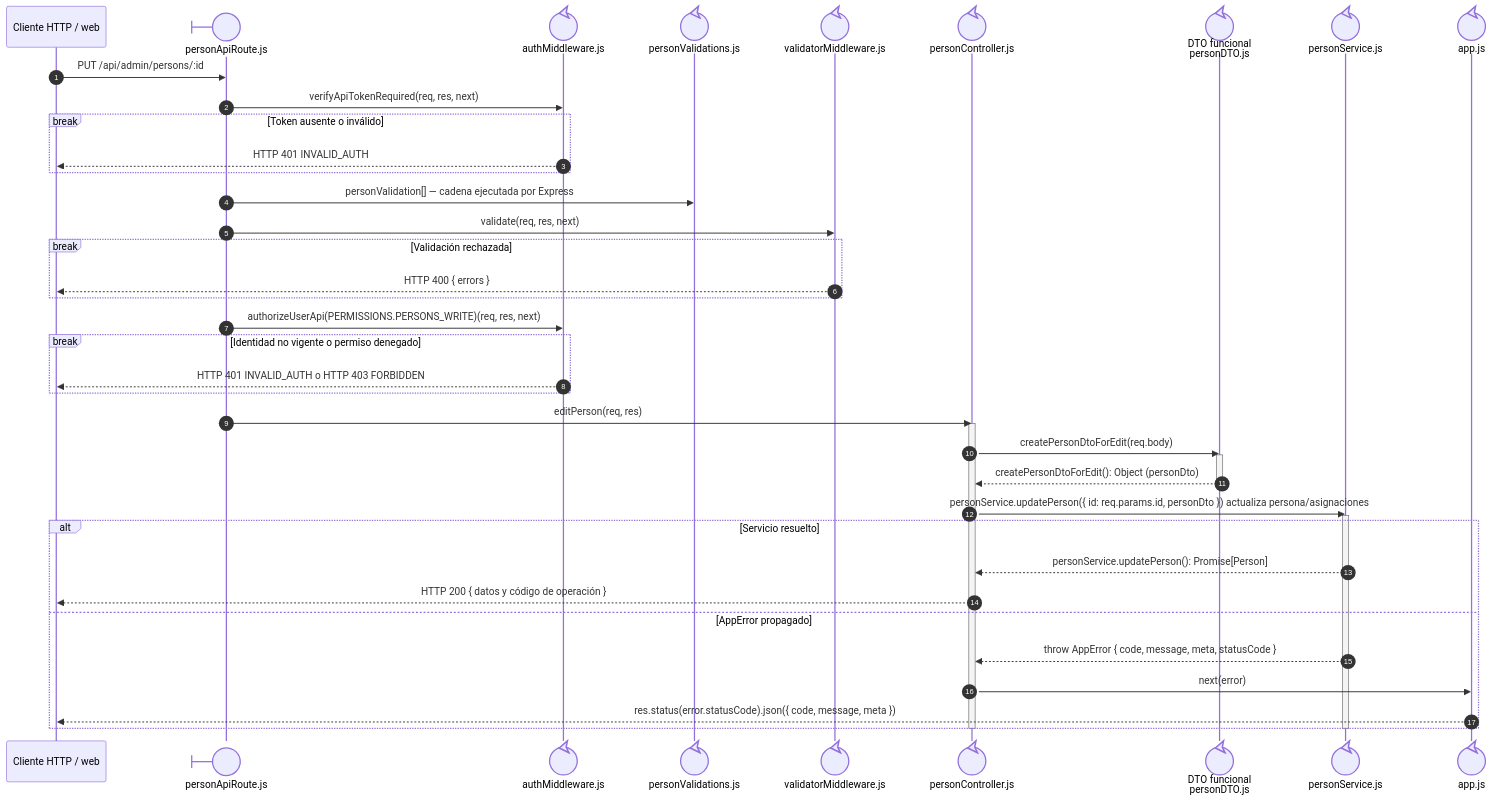
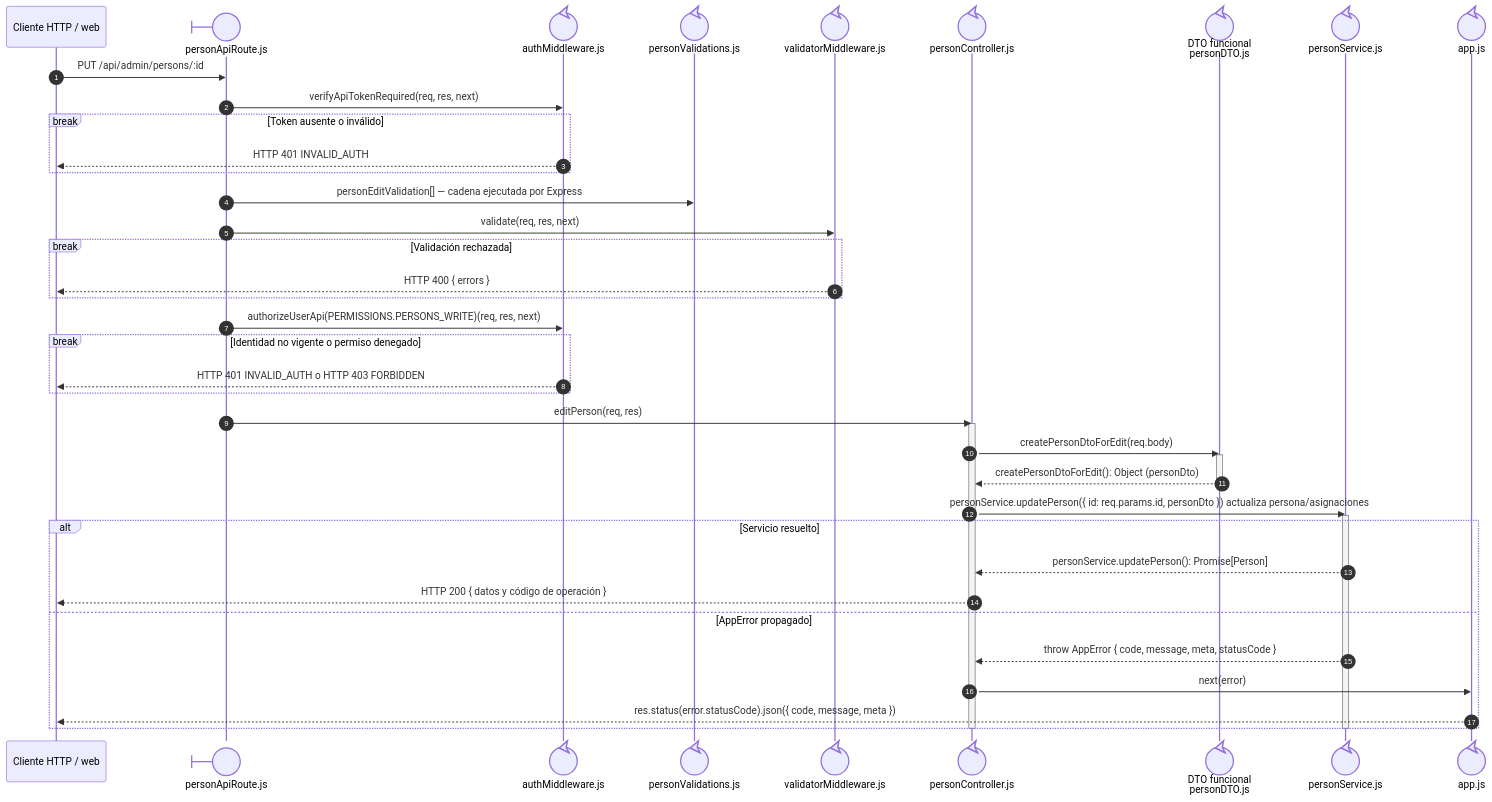
Before and after one commit to gpgsistemas01/nexus: the diagram in docs/architecture/views/processes/backend-code-sequences/identity-access/cu-ida-03.md, drawn with Mermaid. The commit also changed 192 other files, not shown here.

````diff
--- a/docs/architecture/views/processes/backend-code-sequences/identity-access/cu-ida-03.md
+++ b/docs/architecture/views/processes/backend-code-sequences/identity-access/cu-ida-03.md
@@ -28,46 +28,46 @@
 ```mermaid
 sequenceDiagram
     autonumber
     participant Client as Cliente HTTP / web
     participant Route@{ "type": "boundary" } as personApiRoute.js
     participant Auth@{ "type": "control" } as authMiddleware.js
     participant ValidationRules@{ "type": "control" } as personValidations.js
     participant Validator@{ "type": "control" } as validatorMiddleware.js
     participant Controller@{ "type": "control" } as personController.js
     participant PersonDto@{ "type": "control" } as DTO funcional<br/>personDTO.js
     participant Domain@{ "type": "control" } as personService.js
     participant ErrorHandler@{ "type": "control" } as app.js
 
     Client->>Route: PUT /api/admin/persons/:id
     Route->>Auth: verifyApiTokenRequired(req, res, next)
     break Token ausente o inválido
         Auth-->>Client: HTTP 401 INVALID_AUTH
     end
-    Route->>ValidationRules: personValidation[] — cadena ejecutada por Express
+    Route->>ValidationRules: personEditValidation[] — cadena ejecutada por Express
     Route->>Validator: validate(req, res, next)
     break Validación rechazada
         Validator-->>Client: HTTP 400 { errors }
     end
     Route->>Auth: authorizeUserApi(PERMISSIONS.PERSONS_WRITE)(req, res, next)
     break Identidad no vigente o permiso denegado
         Auth-->>Client: HTTP 401 INVALID_AUTH o HTTP 403 FORBIDDEN
     end
     Route->>Controller: editPerson(req, res)
     activate Controller
     Controller->>PersonDto: createPersonDtoForEdit(req.body)
     activate PersonDto
     PersonDto-->>Controller: createPersonDtoForEdit(): Object (personDto)
     deactivate PersonDto
     Controller->>Domain: personService.updatePerson({ id: req.params.id, personDto }) actualiza persona/asignaciones
     activate Domain
     alt Servicio resuelto
         Domain-->>Controller: personService.updatePerson(): Promise[Person]
         Controller-->>Client: HTTP 200 { datos y código de operación }
     else AppError propagado
         Domain-->>Controller: throw AppError { code, message, meta, statusCode }
         Controller->>ErrorHandler: next(error)
         ErrorHandler-->>Client: res.status(error.statusCode).json({ code, message, meta })
     end
     deactivate Domain
     deactivate Controller
 ```
````
